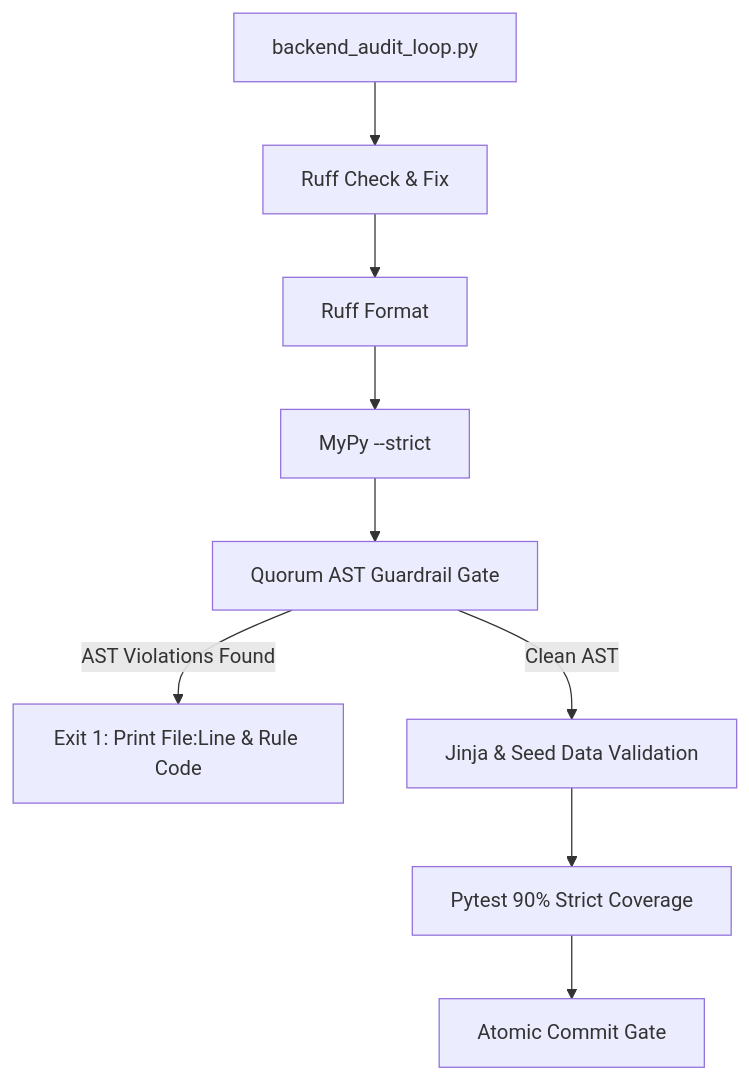
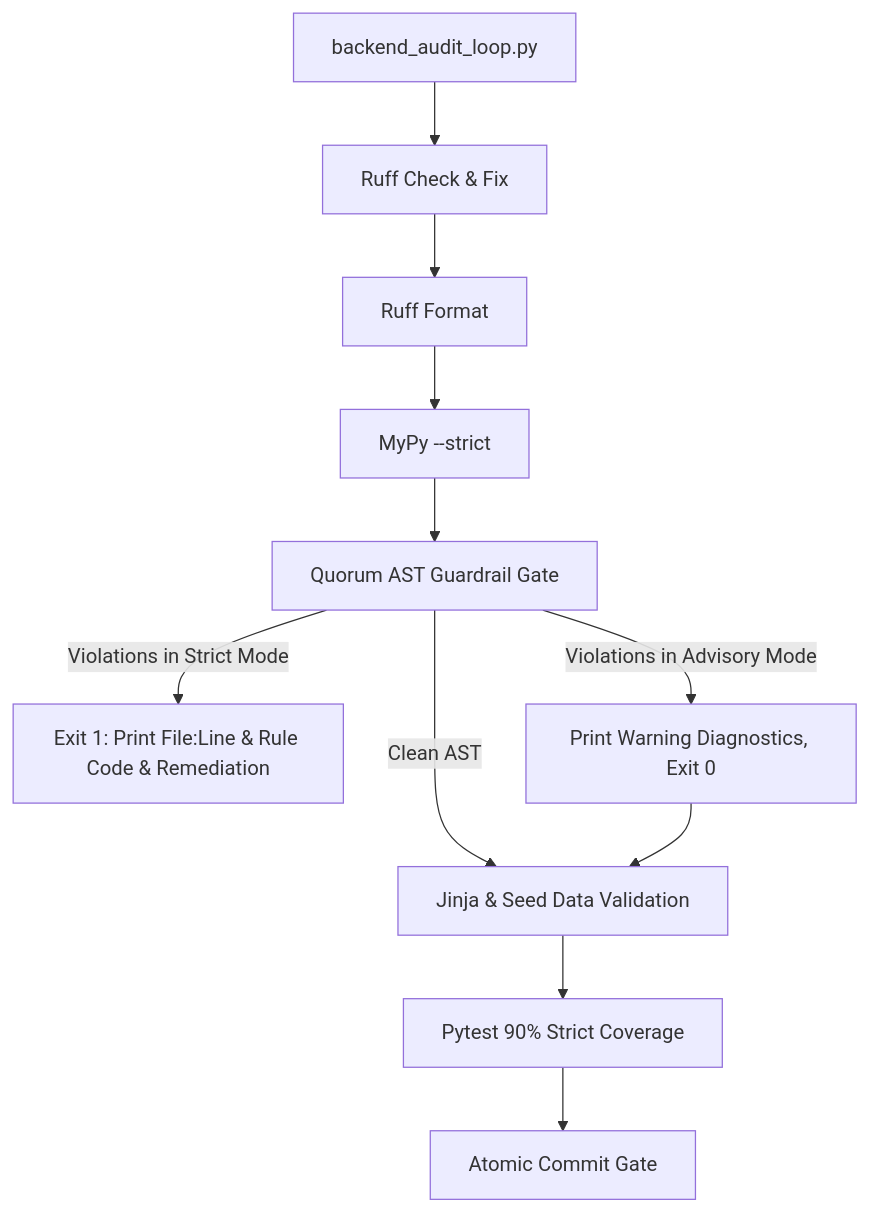
Before and after one commit to launis/quorum: the diagram in docs/IMPLEMENTATION_PLAN_AST_Codebase_Guardrails.md, drawn with Mermaid. The commit also changed other lines of this file and 25 other files, not shown here.

Commit message:
feat: implement orchestrator schema decoupling and localization infrastructure with comprehensive regression tests

````diff
--- a/docs/IMPLEMENTATION_PLAN_AST_Codebase_Guardrails.md
+++ b/docs/IMPLEMENTATION_PLAN_AST_Codebase_Guardrails.md
@@ -41,11 +65,13 @@
 ```mermaid
 flowchart TD
     A[backend_audit_loop.py] --> B[Ruff Check & Fix]
     B --> C[Ruff Format]
     C --> D[MyPy --strict]
     D --> E[Quorum AST Guardrail Gate]
-    E -->|AST Violations Found| F[Exit 1: Print File:Line & Rule Code]
-    E -->|Clean AST| G[Jinja & Seed Data Validation]
-    G --> H[Pytest 90% Strict Coverage]
-    H --> I[Atomic Commit Gate]
+    E -->|Violations in Strict Mode| F[Exit 1: Print File:Line & Rule Code & Remediation]
+    E -->|Violations in Advisory Mode| G[Print Warning Diagnostics, Exit 0]
+    E -->|Clean AST| H[Jinja & Seed Data Validation]
+    G --> H
+    H --> I[Pytest 90% Strict Coverage]
+    I --> J[Atomic Commit Gate]
 ```
````
